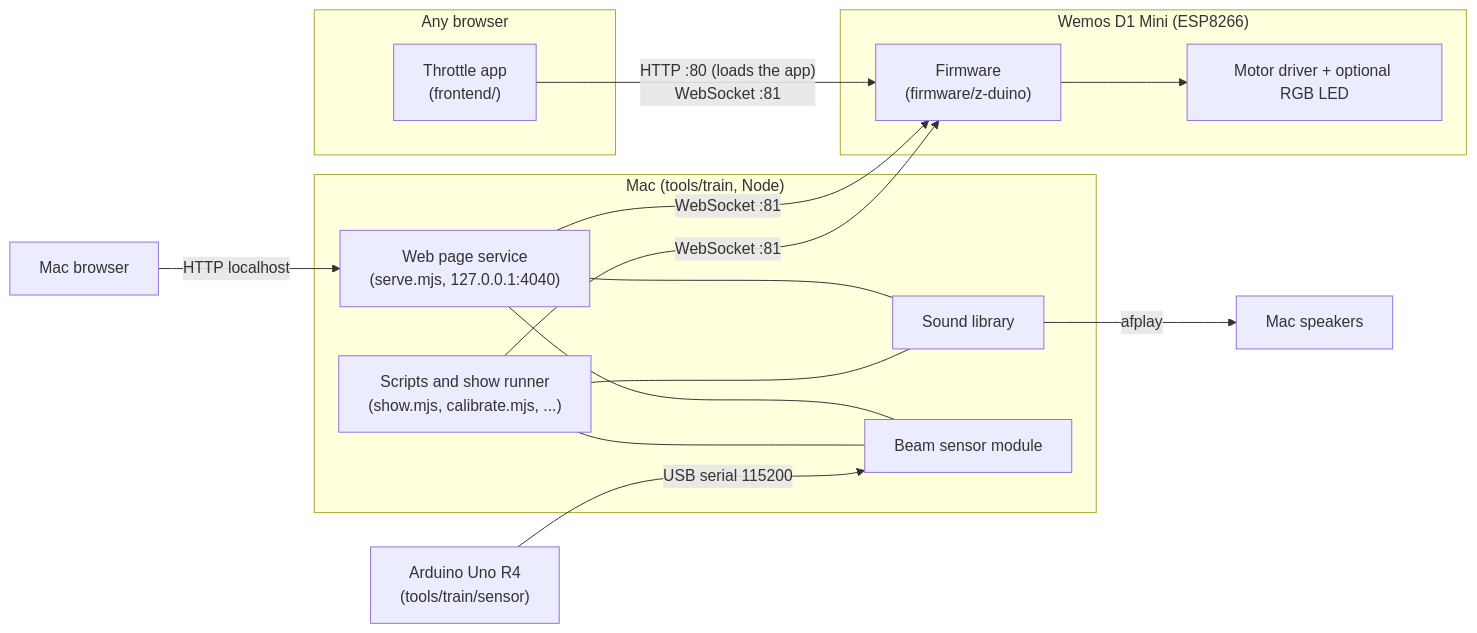
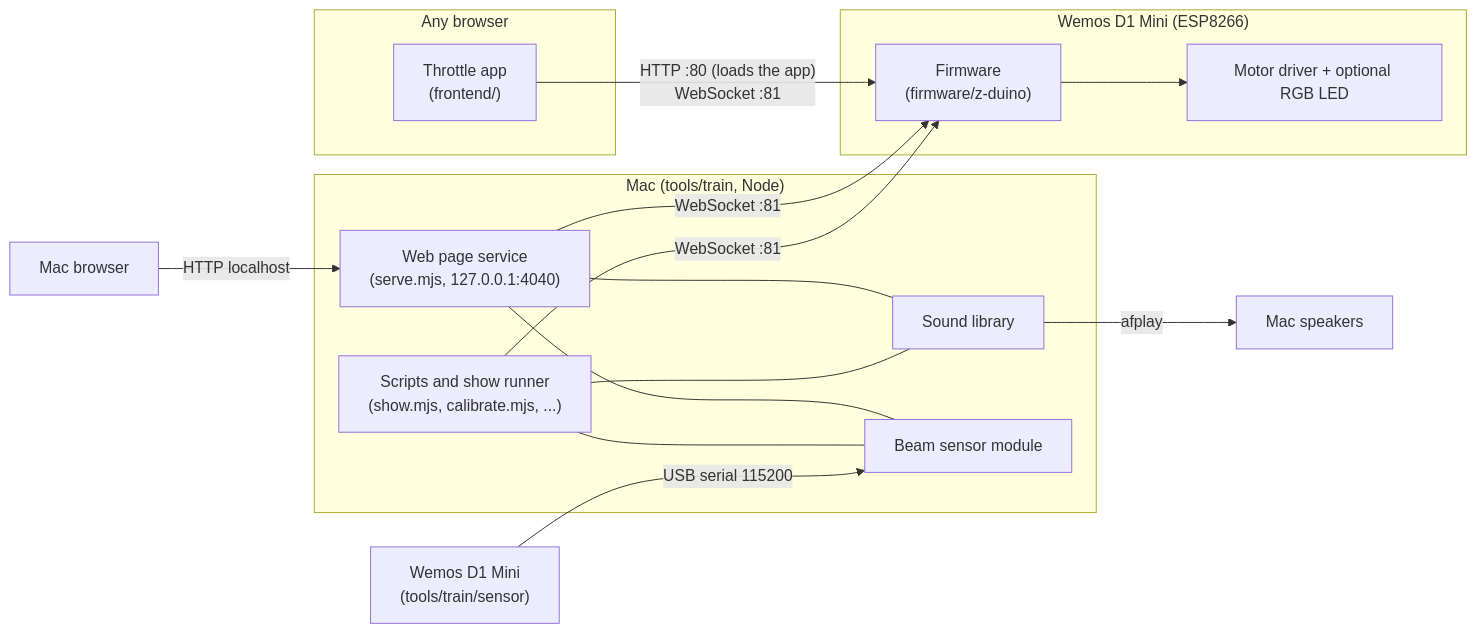
Before and after one commit to yamanote1138/z-duino: the diagram in docs/ARCHITECTURE.md, drawn with Mermaid. The commit also changed other lines of this file and 8 other files, not shown here.

Commit message:
tools/train: beam sensor on a Wemos D1 Mini, CH340 serial fix, bench self-test build

````diff
--- a/docs/ARCHITECTURE.md
+++ b/docs/ARCHITECTURE.md
@@ -7,28 +7,28 @@
 ```mermaid
 flowchart LR
   subgraph phone["Any browser"]
     UI["Throttle app<br/>(frontend/)"]
   end
   subgraph wemos["Wemos D1 Mini (ESP8266)"]
     FW["Firmware<br/>(firmware/z-duino)"]
     M["Motor driver + optional RGB LED"]
     FW --> M
   end
   subgraph mac["Mac (tools/train, Node)"]
     SCRIPTS["Scripts and show runner<br/>(show.mjs, calibrate.mjs, ...)"]
     WEB["Web page service<br/>(serve.mjs, 127.0.0.1:4040)"]
     SND["Sound library"]
     SENS["Beam sensor module"]
   end
-  UNO["Arduino Uno R4<br/>(tools/train/sensor)"]
+  UNO["Wemos D1 Mini<br/>(tools/train/sensor)"]
   UI -- "HTTP :80 (loads the app)<br/>WebSocket :81" --> FW
   SCRIPTS -- "WebSocket :81" --> FW
   WEB -- "WebSocket :81" --> FW
   UNO -- "USB serial 115200" --> SENS
   SCRIPTS --- SENS
   WEB --- SENS
   SCRIPTS --- SND
   WEB --- SND
   SND -- "afplay" --> SPK["Mac speakers"]
   BR["Mac browser"] -- "HTTP localhost" --> WEB
 ```
````
